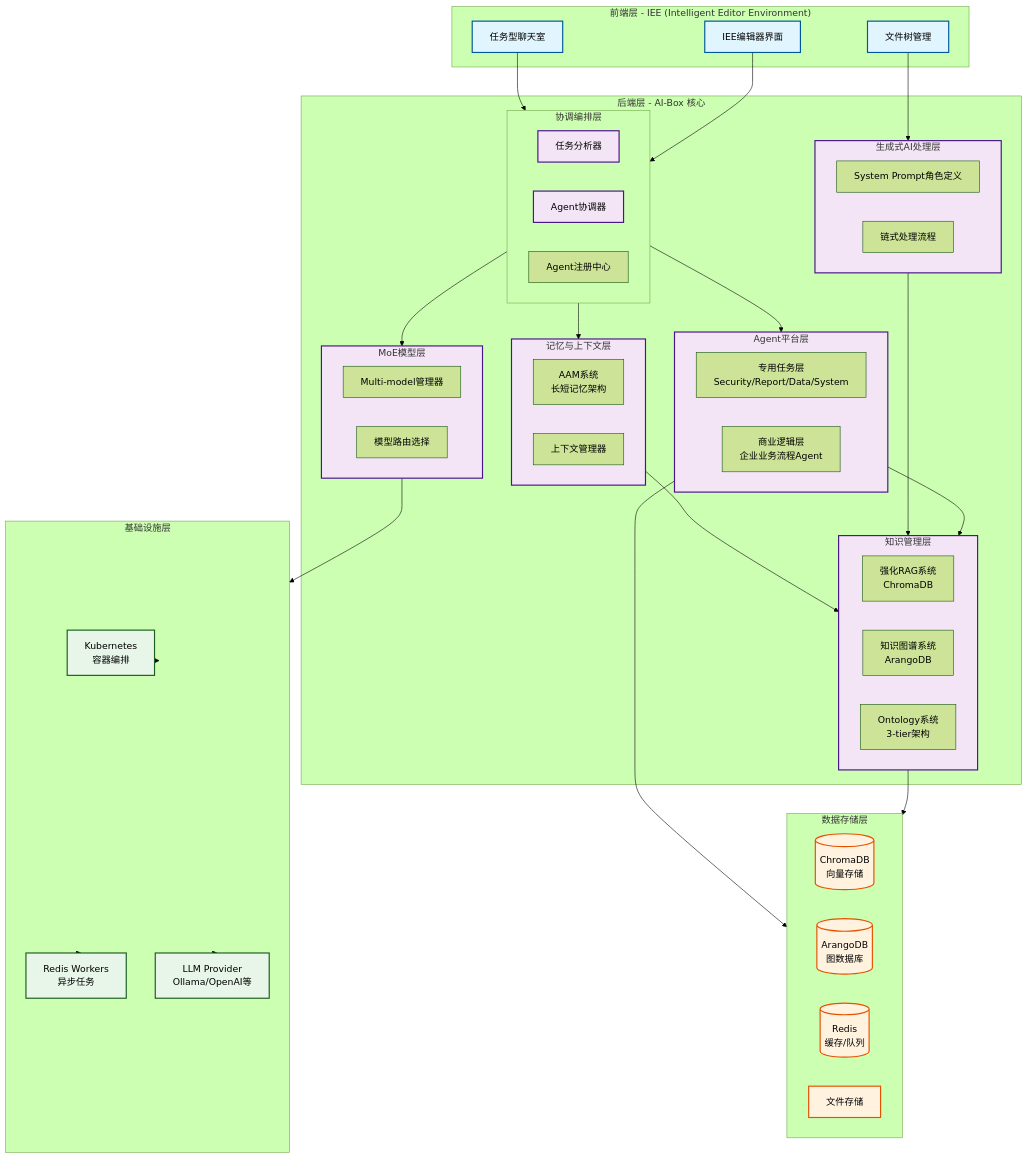
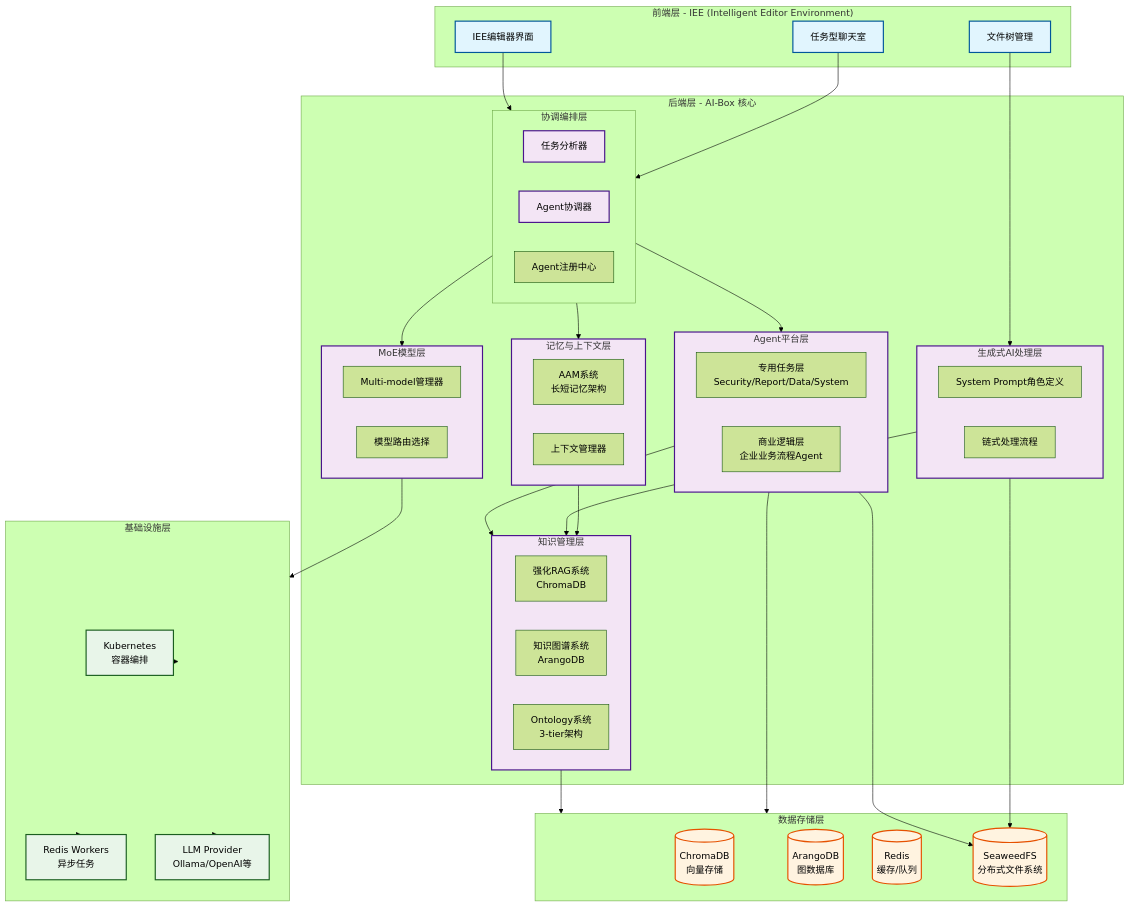
The diagram in docs/系统设计文档/README.md (DanielChung520/AI-Box), drawn with Mermaid (forest theme) before and after one commit. The commit also changed other lines of this file and 43 other files, not shown here.

````diff
--- a/docs/系统设计文档/README.md
+++ b/docs/系统设计文档/README.md
@@ -91,7 +95,7 @@
         ChromaDB[(ChromaDB<br/>向量存储)]
         ArangoDB[(ArangoDB<br/>图数据库)]
         Redis[(Redis<br/>缓存/队列)]
-        FileStorage[文件存储]
+        SeaweedFS[(SeaweedFS<br/>分布式文件系统)]
     end
 
     subgraph Infrastructure["基础设施层"]
@@ -114,6 +118,8 @@
 
     KnowledgeLayer --> DataLayer
     AgentLayer --> DataLayer
+    AgentLayer --> SeaweedFS
+    GenAILayer --> SeaweedFS
     MoELayer --> Infrastructure
 
     Infrastructure --> LLMProviders
@@ -127,6 +133,6 @@
 
     class IEE_UI,IEE_Chat,FileTree frontend
     class TaskAnalyzer,AgentOrchestrator,AgentLayer,GenAILayer,MemoryLayer,KnowledgeLayer,MoELayer backend
-    class ChromaDB,ArangoDB,Redis,FileStorage data
+    class ChromaDB,ArangoDB,Redis,SeaweedFS data
     class K8s,Workers,LLMProviders infra
 ```
````
